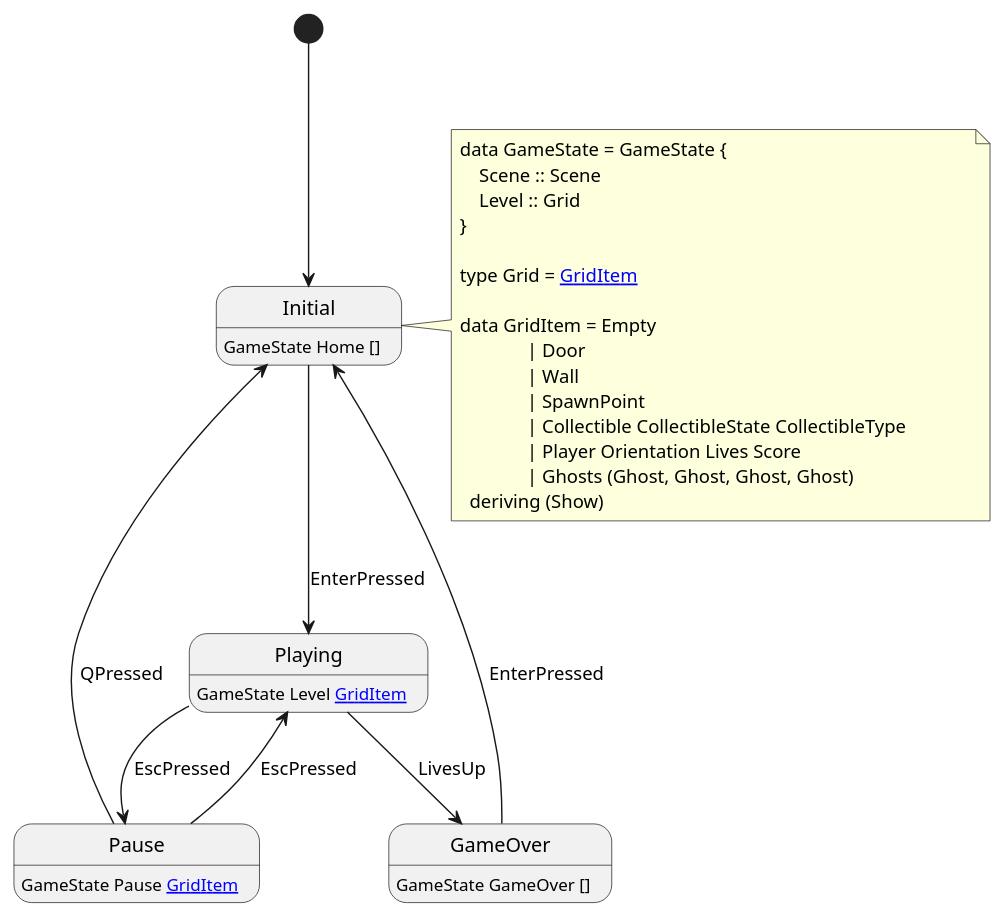
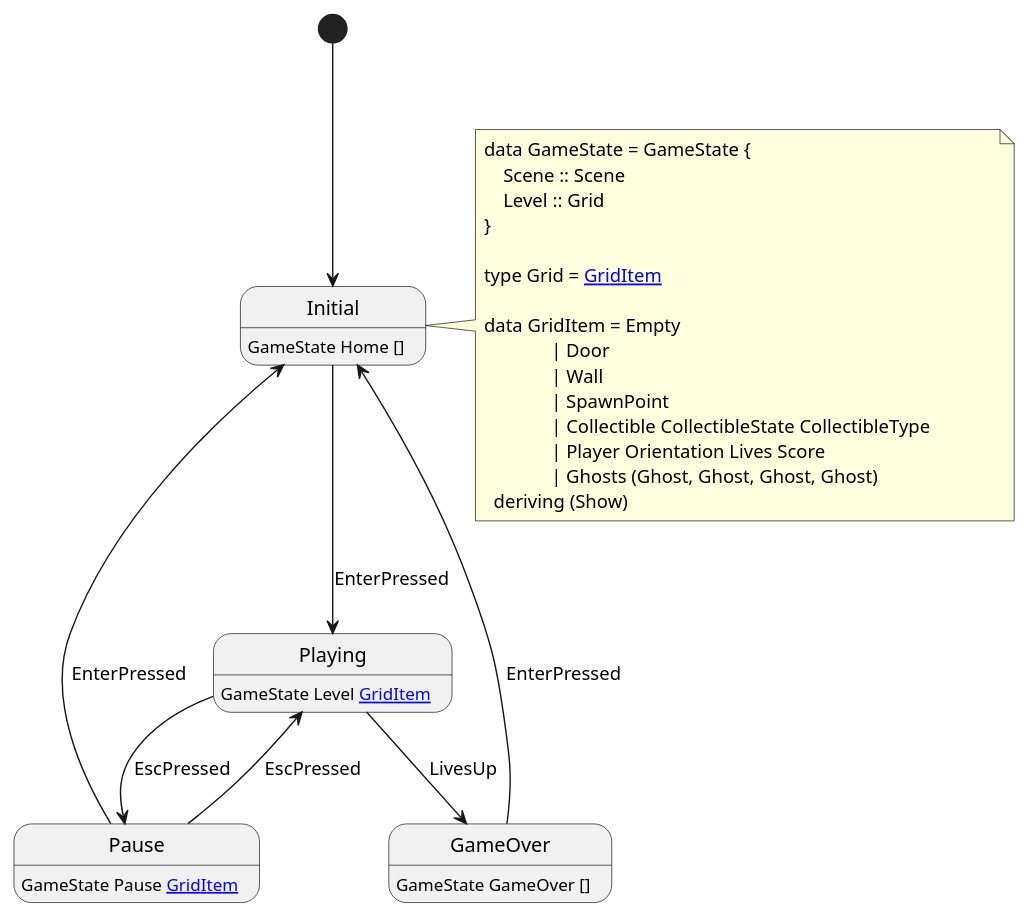
The diagram in docs/GameState.puml (GewoonMaarten/fp-pac-man), drawn with PlantUML before and after one commit. The commit also changed 6 other files, not shown here.

```diff
--- a/docs/GameState.puml
+++ b/docs/GameState.puml
@@ -1,41 +1,41 @@
 @startuml
 
 
 
 [*] --> Initial
 Initial: GameState Home []
 
 note right of Initial
 data GameState = GameState {
     Scene :: Scene
     Level :: Grid
 }
 
 type Grid = [[GridItem]]
 
 data GridItem = Empty
               | Door
               | Wall
               | SpawnPoint
               | Collectible CollectibleState CollectibleType
               | Player Orientation Lives Score 
               | Ghosts (Ghost, Ghost, Ghost, Ghost)                        
   deriving (Show)
 end note
 
 Initial --> Playing : EnterPressed
 Playing: GameState Level [[GridItem]]
 
 Playing -> Pause : EscPressed
 Pause: GameState Pause [[GridItem]]
 
 Pause --> Playing : EscPressed
-Pause --> Initial : QPressed
+Pause --> Initial : EnterPressed
 
 Playing --> GameOver : LivesUp
 GameOver: GameState GameOver []
 
 
 GameOver --> Initial : EnterPressed
 
 @enduml
```
